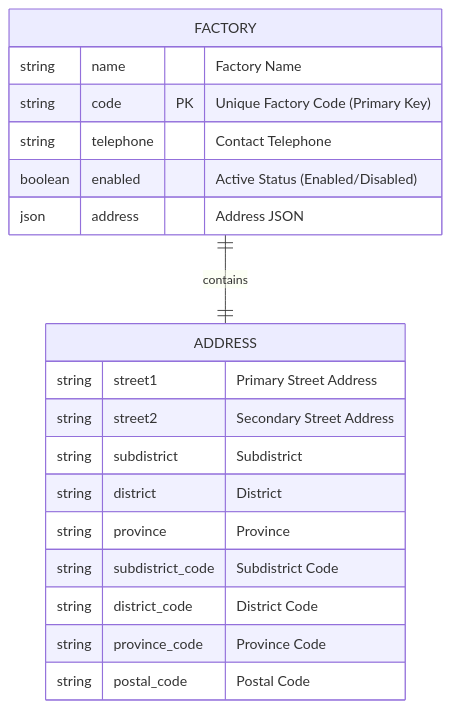
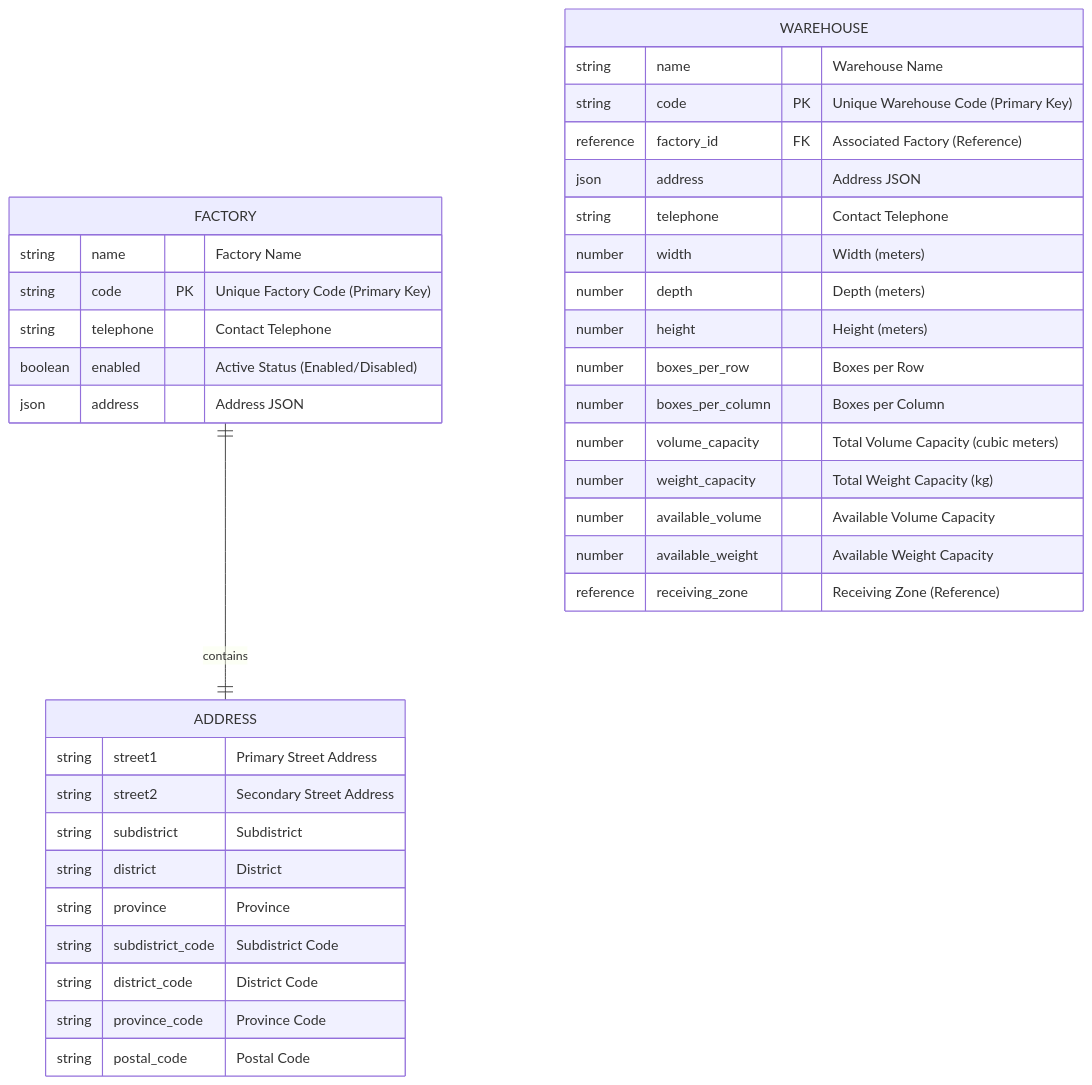
One commit to boonlertChin/ff-2u-mermaid-doc changed the second of 2 diagrams in entities.md. Above: the diagram before and after it, drawn with Mermaid.

Commit message:
update wh entity

````diff
--- a/entities.md
+++ b/entities.md
@@ -23,25 +23,43 @@
 ```mermaid
 erDiagram
 
     FACTORY {
         string name "Factory Name"
         string code PK "Unique Factory Code (Primary Key)"
         string telephone "Contact Telephone"
         boolean enabled "Active Status (Enabled/Disabled)"
         json address "Address JSON"
     }
 
     ADDRESS {
         string street1 "Primary Street Address"
         string street2 "Secondary Street Address"
         string subdistrict "Subdistrict"
         string district "District"
         string province "Province"
         string subdistrict_code "Subdistrict Code"
         string district_code "District Code"
         string province_code "Province Code"
         string postal_code "Postal Code"
     }
 
     FACTORY ||--|| ADDRESS: "contains"
+
+   WAREHOUSE {
+        string name "Warehouse Name"
+        string code PK "Unique Warehouse Code (Primary Key)"
+        reference factory_id FK "Associated Factory (Reference)"
+        json address "Address JSON"
+        string telephone "Contact Telephone"
+        number width "Width (meters)"
+        number depth "Depth (meters)"
+        number height "Height (meters)"
+        number boxes_per_row "Boxes per Row"
+        number boxes_per_column "Boxes per Column"
+        number volume_capacity "Total Volume Capacity (cubic meters)"
+        number weight_capacity "Total Weight Capacity (kg)"
+        number available_volume "Available Volume Capacity"
+        number available_weight "Available Weight Capacity"
+        reference receiving_zone "Receiving Zone (Reference)"
+    } 
 ```
````
